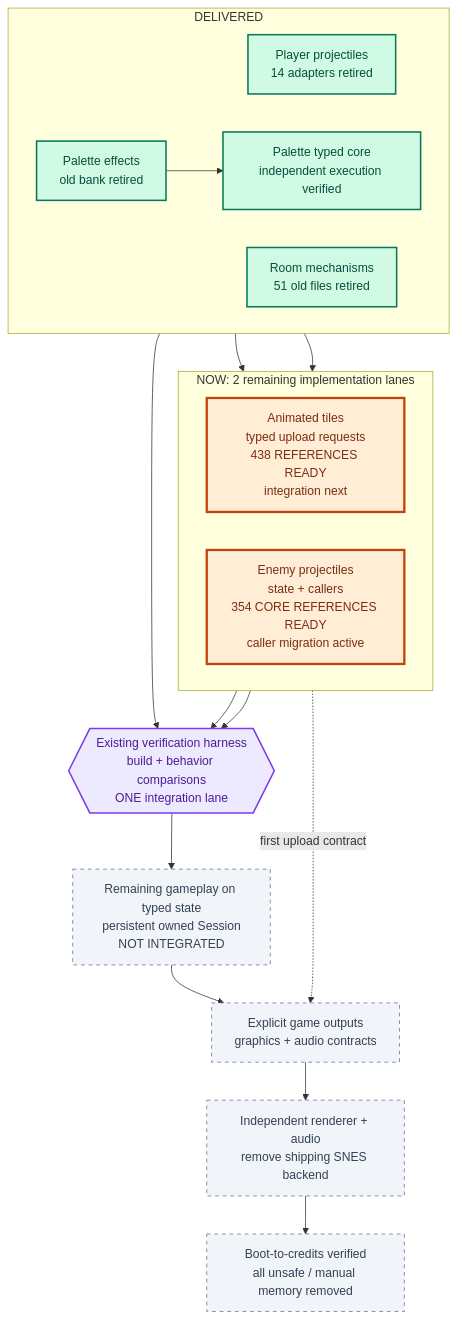
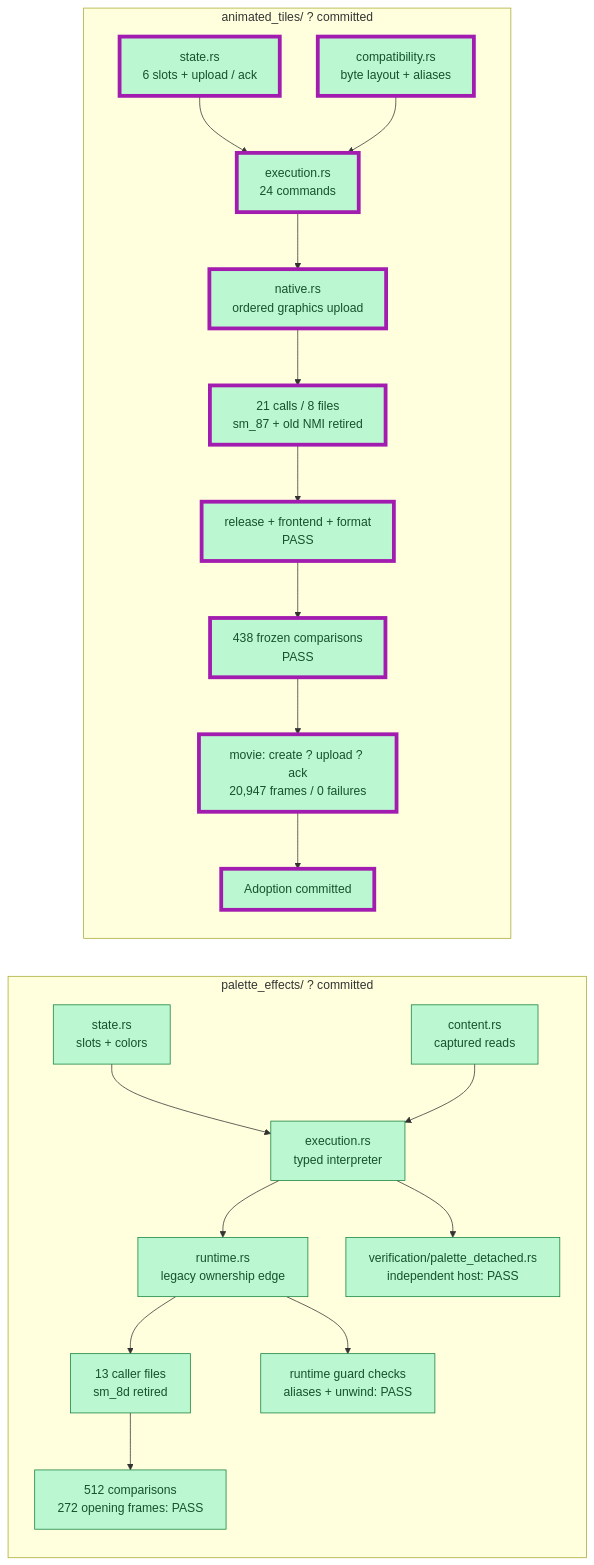
The second of 3 diagrams in PROGRESS.md (JimLundin/sm-decomp), drawn with Mermaid before and after one commit. The commit also changed other lines of this file and 20 other files, not shown here.

First line of the commit message:
Adopt animated-tile owner and upload contract; 438 comparisons and 20947 frames pass

````diff
--- a/PROGRESS.md
+++ b/PROGRESS.md
@@ -8,34 +45,30 @@
 ```mermaid
-flowchart TB
-    subgraph delivered["DELIVERED"]
-        direction LR
-        P["Player projectiles<br/>14 adapters retired"]:::done
-        M["Room mechanisms<br/>51 old files retired"]:::done
-        C["Palette effects<br/>old bank retired"]:::done
-        PC["Palette typed core<br/>independent execution verified"]:::done
+flowchart LR
+    subgraph palette["palette_effects/ ? committed"]
+        direction TB
+        PS["state.rs<br/>slots + colors"]:::done --> PE["execution.rs<br/>typed interpreter"]:::done
+        PC["content.rs<br/>captured reads"]:::done --> PE
+        PE --> PR["runtime.rs<br/>legacy ownership edge"]:::done
+        PR --> PCL["13 caller files<br/>sm_8d retired"]:::done
+        PE --> PD["verification/palette_detached.rs<br/>independent host: PASS"]:::done
+        PR --> PG["runtime guard checks<br/>aliases + unwind: PASS"]:::done
+        PCL --> PV["512 comparisons<br/>272 opening frames: PASS"]:::done
     end
-
-    subgraph parallel["NOW: 2 remaining implementation lanes"]
-        direction LR
-        AT["Animated tiles<br/>typed upload requests<br/>438 REFERENCES READY<br/>integration next"]:::active
-        EP["Enemy projectiles<br/>state + callers<br/>354 CORE REFERENCES READY<br/>caller migration active"]:::active
+    subgraph animation["animated_tiles/ ? committed"]
+        direction TB
+        AS["state.rs<br/>6 slots + upload / ack"]:::done --> AE["execution.rs<br/>24 commands"]:::done
+        AC["compatibility.rs<br/>byte layout + aliases"]:::done --> AE
+        AE --> AN["native.rs<br/>ordered graphics upload"]:::done
+        AN --> ACL["21 calls / 8 files<br/>sm_87 + old NMI retired"]:::done
+        ACL --> AB["release + frontend + format<br/>PASS"]:::done
+        AB --> AV["438 frozen comparisons<br/>PASS"]:::done
+        AV --> AM["movie: create ? upload ? ack<br/>20,947 frames / 0 failures"]:::done
+        AM --> LAND["Adoption committed"]:::done
     end
-
-    C --> PC
-    P --> EP
-    M --> EP
-    PC --> CHECK
-    AT --> CHECK
-    EP --> CHECK
-    CHECK{{"Existing verification harness<br/>build + behavior comparisons<br/>ONE integration lane"}}:::gate
-    CHECK --> SESSION["Remaining gameplay on typed state<br/>persistent owned Session<br/>NOT INTEGRATED"]:::pending
-    SESSION --> OUTPUT["Explicit game outputs<br/>graphics + audio contracts"]:::pending
-    AT -. "first upload contract" .-> OUTPUT
-    OUTPUT --> BACKEND["Independent renderer + audio<br/>remove shipping SNES backend"]:::pending
-    BACKEND --> FINISH["Boot-to-credits verified<br/>all unsafe / manual memory removed"]:::pending
-
-    classDef done fill:#d1fae5,stroke:#047857,color:#064e3b,stroke-width:2px
-    classDef active fill:#ffedd5,stroke:#c2410c,color:#7c2d12,stroke-width:3px
-    classDef pending fill:#f1f5f9,stroke:#64748b,color:#334155,stroke-dasharray:5 5
-    classDef gate fill:#ede9fe,stroke:#7c3aed,color:#4c1d95,stroke-width:2px
+    classDef done fill:#bbf7d0,stroke:#15803d,color:#14532d
+    classDef checked fill:#bfdbfe,stroke:#2563eb,color:#1e3a8a
+    classDef active fill:#fed7aa,stroke:#ea580c,color:#7c2d12
+    classDef pending fill:#f1f5f9,stroke:#94a3b8,color:#475569,stroke-dasharray:5 5
+    classDef changed stroke:#a21caf,stroke-width:5px
+    class AS,AE,AC,AN,ACL,AB,AV,AM,LAND changed
 ```
````
